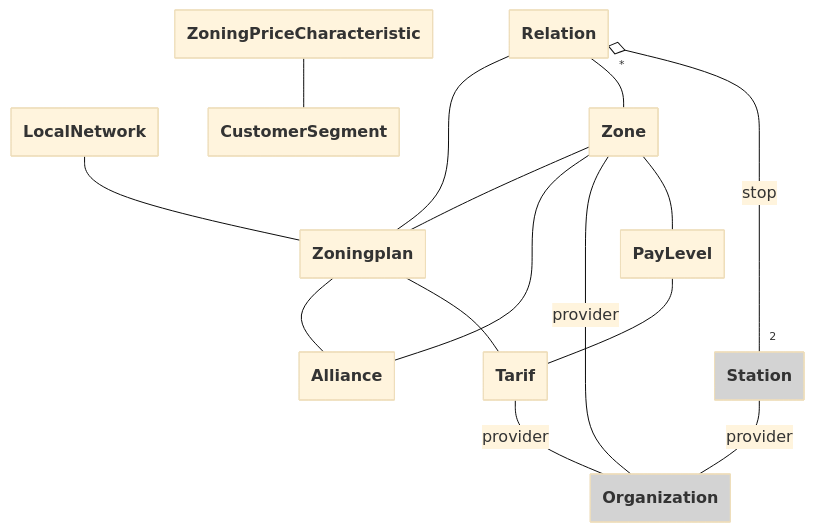
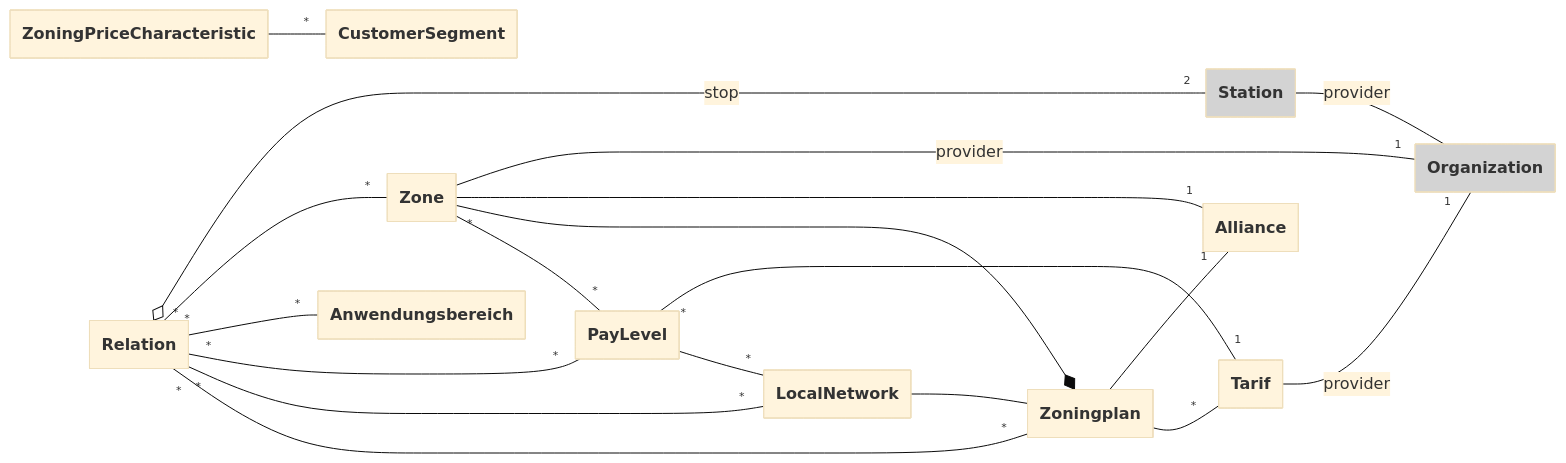
Before and after one commit to zazuko/opentransportdata-swiss: the second of 3 diagrams in datamodel.md, drawn with Mermaid (base theme). The commit also changed other lines of this file and 1 other file, not shown here.

````diff
--- a/datamodel.md
+++ b/datamodel.md
@@ -33,33 +33,37 @@
 ```mermaid
 ---
   config:
     class:
       hideEmptyMembersBox: true
 ---
 classDiagram
-    direction TB
+    direction LR
     
     LocalNetwork -- Zoningplan
     
-    Zoningplan -- Alliance
-    Zoningplan -- Tarif
+    Zoningplan -- "1" Alliance
+    Zoningplan -- "*" Tarif
     
-    Zone -- Zoningplan
-    Zone -- Alliance
-    Zone -- Organization : provider
-    Zone -- PayLevel
+    Zone -- "1" Organization : provider
+    Zone -- "1" Alliance
+    Zone "*" --* Zoningplan
+    Zone -- "*" PayLevel
 
-    PayLevel -- Tarif
-    Tarif -- Organization : provider
+    PayLevel "*" -- "1" Tarif
+    PayLevel -- "*" LocalNetwork
+    Tarif -- "1" Organization : provider
 
-    ZoningPriceCharacteristic -- CustomerSegment
+    ZoningPriceCharacteristic -- "*" CustomerSegment
     
-    Relation -- Zoningplan
-    Relation -- Zone
     Relation "*" o-- "2" Station : stop
+    Relation "*" -- "*" Zone
+    Relation "*" -- "*" Anwendungsbereich
+    Relation -- "*" PayLevel
+    Relation "*" -- "*" LocalNetwork
+    Relation "*" -- "*" Zoningplan
 
     Station -- Organization : provider
 
     style Station fill:lightgray
     style Organization fill:lightgray
 ```
````
